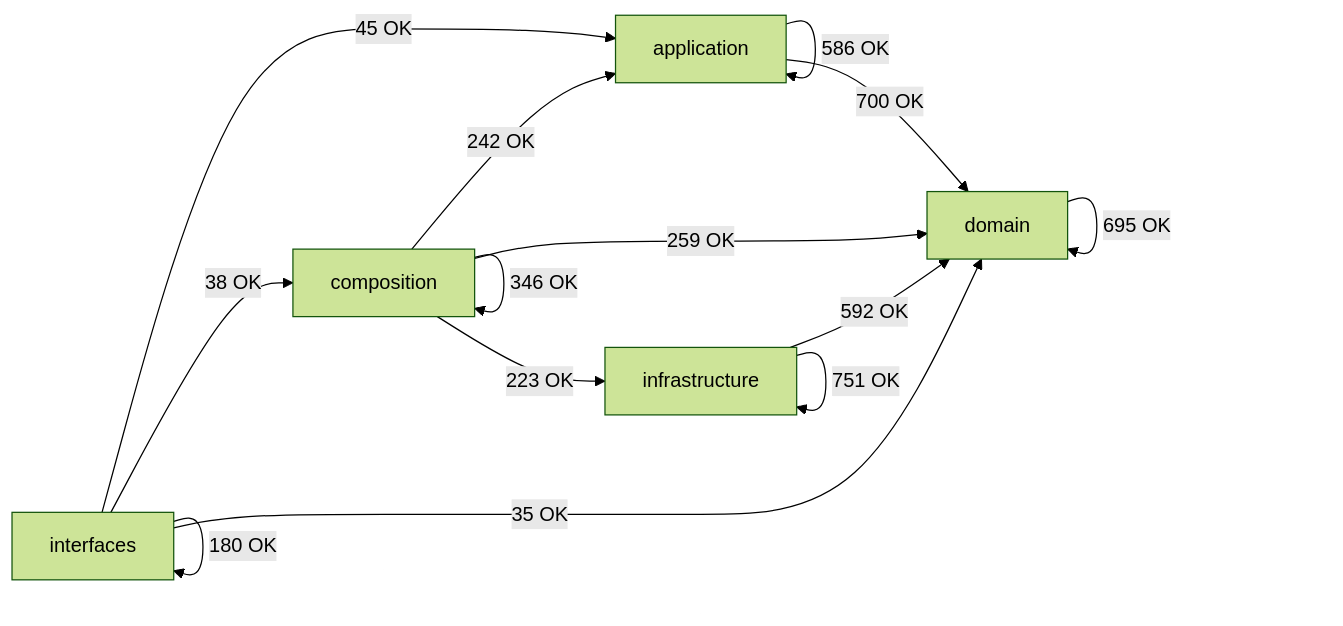
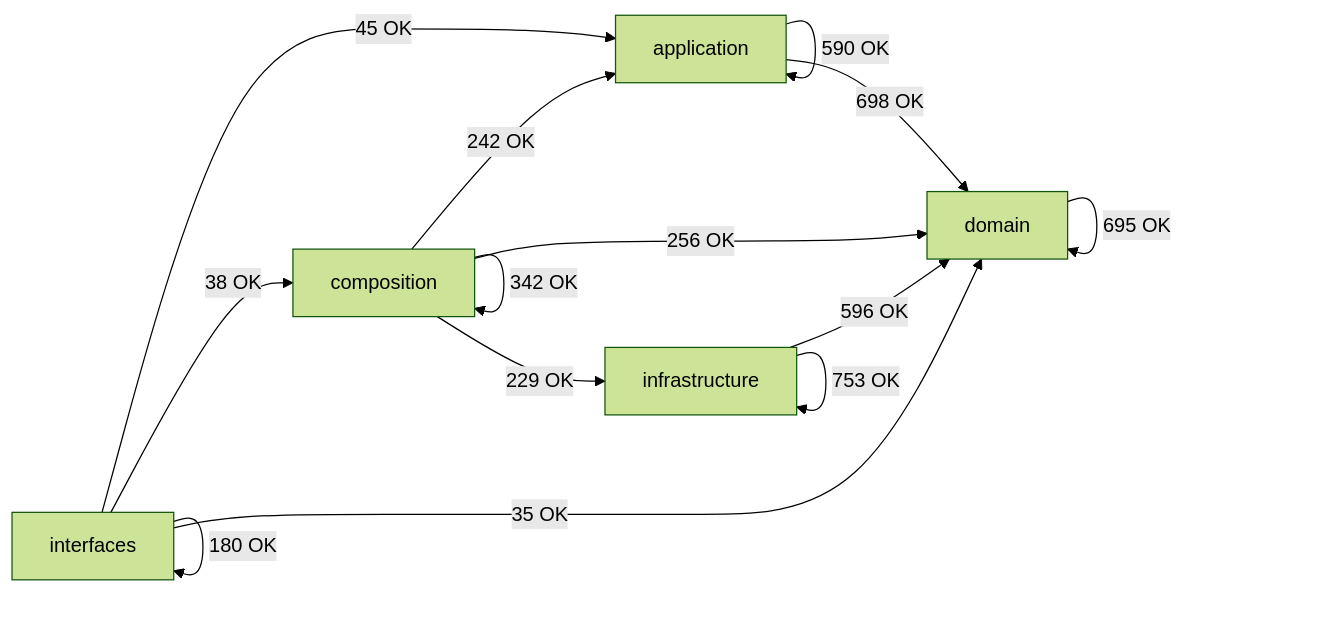
One commit to SatoryKono/BioactivityDataAcquisition changed the diagram in docs/02-architecture/generated/module-dependency-map.md. Above: the diagram before and after it, drawn with Mermaid (forest theme). The commit also changed other lines of this file and 16 other files, not shown here.

````diff
--- a/docs/02-architecture/generated/module-dependency-map.md
+++ b/docs/02-architecture/generated/module-dependency-map.md
@@ -17,21 +17,21 @@
 ```mermaid
 flowchart LR
     domain[domain]
     application[application]
     infrastructure[infrastructure]
     composition[composition]
     interfaces[interfaces]
-    application -->|586 OK| application
-    application -->|700 OK| domain
+    application -->|590 OK| application
+    application -->|698 OK| domain
     composition -->|242 OK| application
-    composition -->|346 OK| composition
-    composition -->|259 OK| domain
-    composition -->|223 OK| infrastructure
+    composition -->|342 OK| composition
+    composition -->|256 OK| domain
+    composition -->|229 OK| infrastructure
     domain -->|695 OK| domain
-    infrastructure -->|592 OK| domain
-    infrastructure -->|751 OK| infrastructure
+    infrastructure -->|596 OK| domain
+    infrastructure -->|753 OK| infrastructure
     interfaces -->|45 OK| application
     interfaces -->|38 OK| composition
     interfaces -->|35 OK| domain
     interfaces -->|180 OK| interfaces
 ```
````
